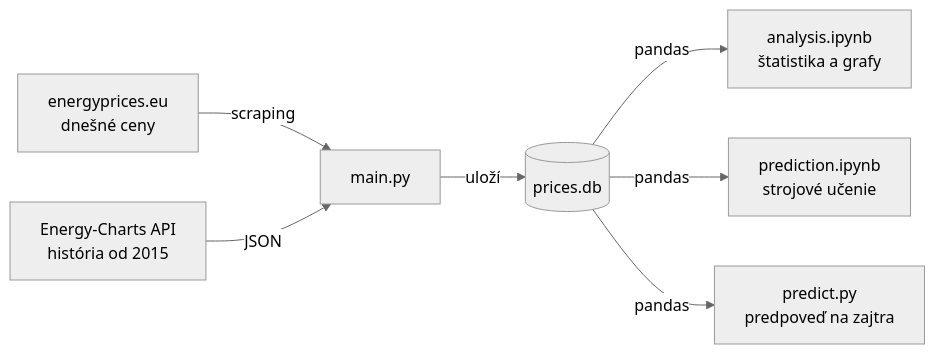
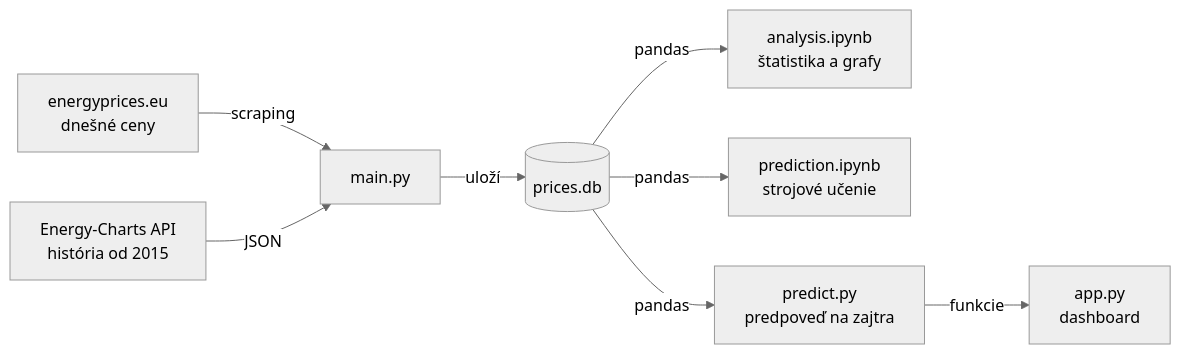
The first of 2 diagrams in README.md (Matus1232/Script-for-electricity-prices-with-prediction), drawn with Mermaid (neutral theme) before and after one commit. The commit also changed other lines of this file and 3 other files, not shown here.

````diff
--- a/README.md
+++ b/README.md
@@ -41,9 +43,10 @@
 ```mermaid
 flowchart LR
     W["energyprices.eu<br>dnešné ceny"] -- "scraping" --> M["main.py"]
     E["Energy-Charts API<br>história od 2015"] -- "JSON" --> M
     M -- "uloží" --> D[("prices.db")]
     D -- "pandas" --> N["analysis.ipynb<br>štatistika a grafy"]
     D -- "pandas" --> P["prediction.ipynb<br>strojové učenie"]
     D -- "pandas" --> S["predict.py<br>predpoveď na zajtra"]
+    S -- "funkcie" --> A["app.py<br>dashboard"]
 ```
````
